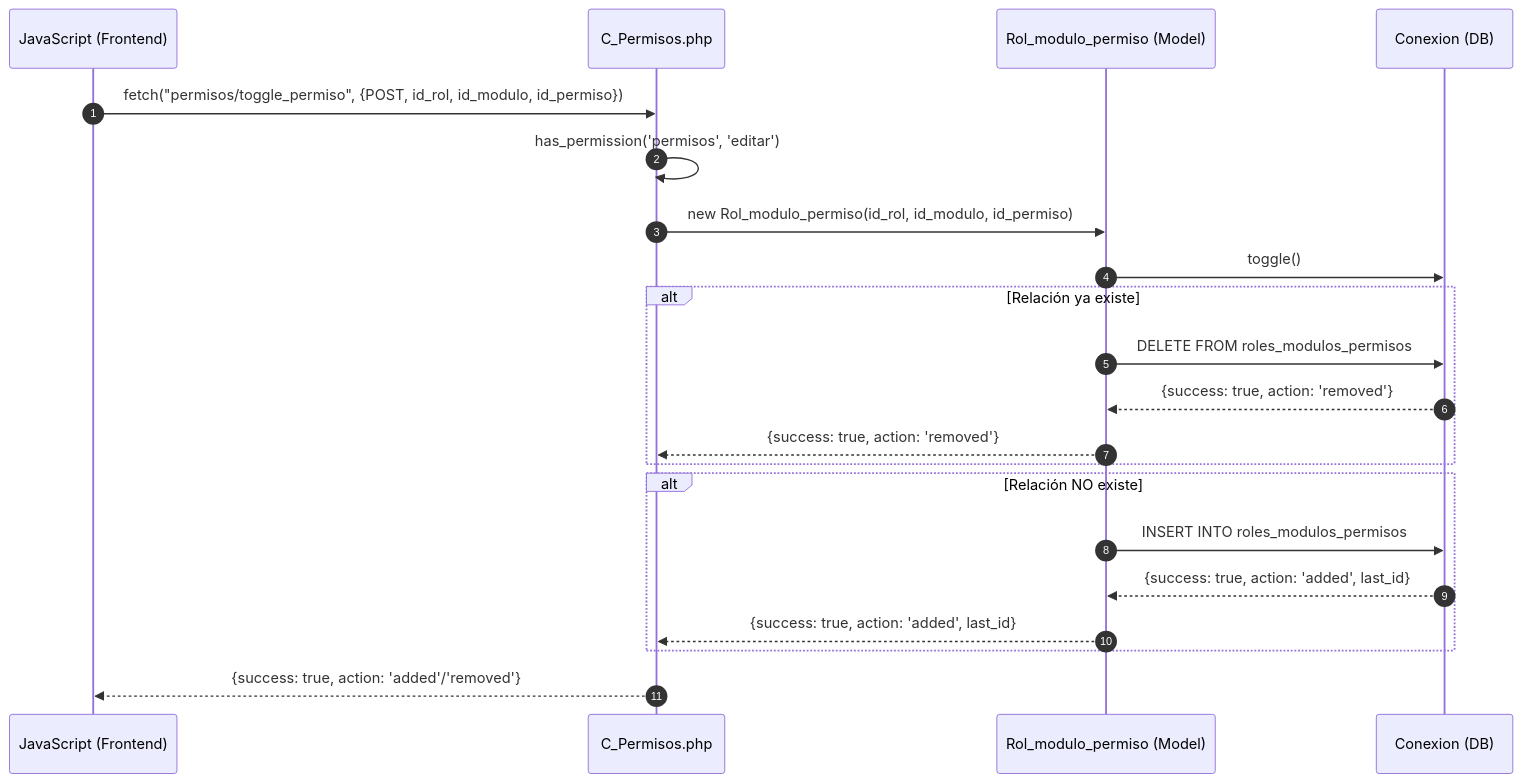
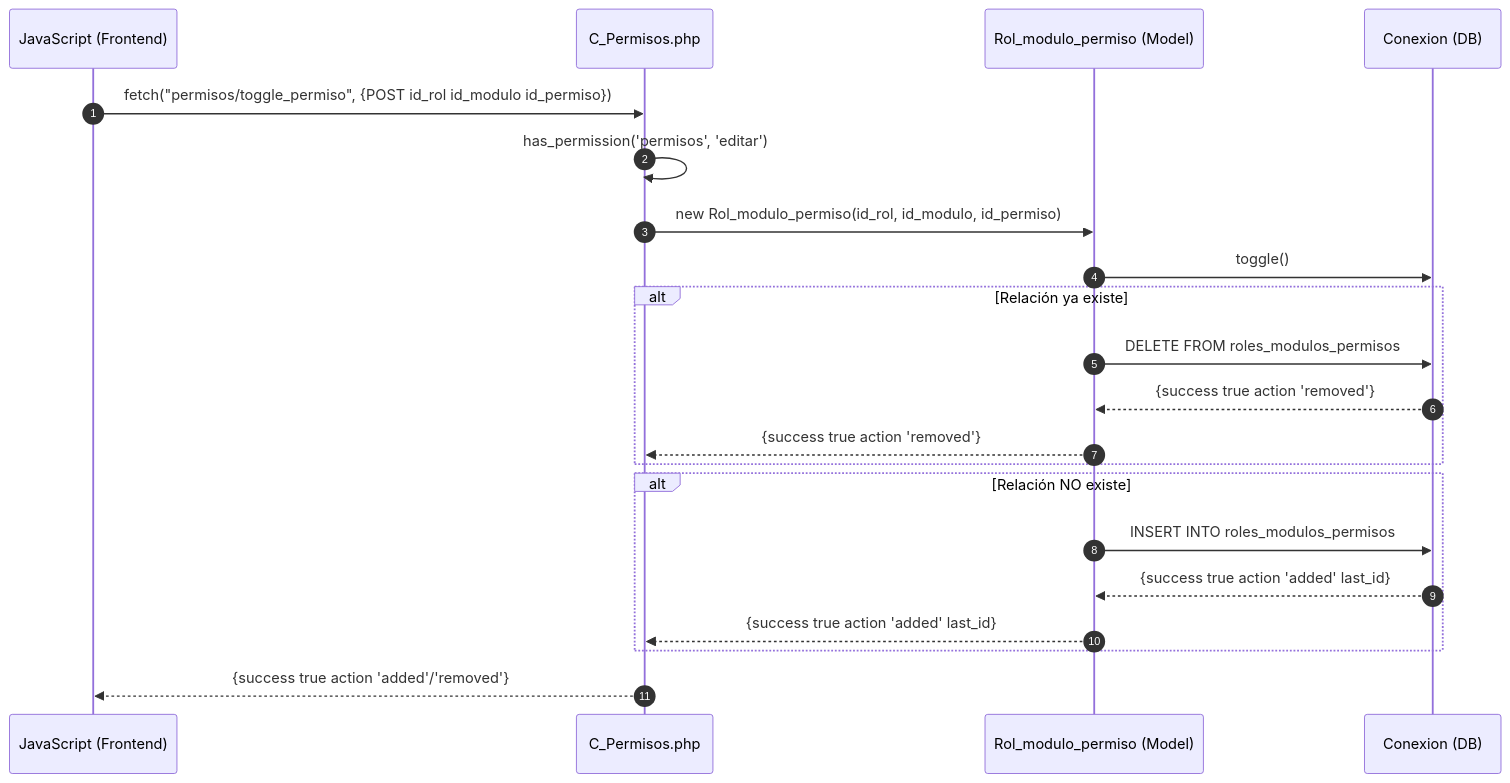
The third of 4 diagrams in docs/secuencia/permisos/permisos.md (Tecrato/BurgerHouse), drawn with Mermaid before and after one commit. The commit also changed other lines of this file and 13 other files, not shown here.

Commit message:
diagramas de secuencia

````diff
--- a/docs/secuencia/permisos/permisos.md
+++ b/docs/secuencia/permisos/permisos.md
@@ -50,29 +50,29 @@
 ```mermaid
 sequenceDiagram
     autonumber
     participant JS as JavaScript (Frontend)
     participant C_Permisos as C_Permisos.php
     participant Rol_modulo_permiso as Rol_modulo_permiso (Model)
     participant DB as Conexion (DB)
     
-    JS->>C_Permisos: fetch("permisos/toggle_permiso", {POST, id_rol, id_modulo, id_permiso})
+    JS->>C_Permisos: fetch("permisos/toggle_permiso", {POST id_rol id_modulo id_permiso})
     
     C_Permisos->>C_Permisos: has_permission('permisos', 'editar')
     
     C_Permisos->>Rol_modulo_permiso: new Rol_modulo_permiso(id_rol, id_modulo, id_permiso)
     Rol_modulo_permiso->>DB: toggle()
     
     alt Relación ya existe
         Rol_modulo_permiso->>DB: DELETE FROM roles_modulos_permisos
-        DB-->>Rol_modulo_permiso: {success: true, action: 'removed'}
-        Rol_modulo_permiso-->>C_Permisos: {success: true, action: 'removed'}
+        DB-->>Rol_modulo_permiso: {success true action 'removed'}
+        Rol_modulo_permiso-->>C_Permisos: {success true action 'removed'}
     end
     
     alt Relación NO existe
         Rol_modulo_permiso->>DB: INSERT INTO roles_modulos_permisos
-        DB-->>Rol_modulo_permiso: {success: true, action: 'added', last_id}
-        Rol_modulo_permiso-->>C_Permisos: {success: true, action: 'added', last_id}
+        DB-->>Rol_modulo_permiso: {success true action 'added' last_id}
+        Rol_modulo_permiso-->>C_Permisos: {success true action 'added' last_id}
     end
     
-    C_Permisos-->>JS: {success: true, action: 'added'/'removed'}
+    C_Permisos-->>JS: {success true action 'added'/'removed'}
 ```
````
